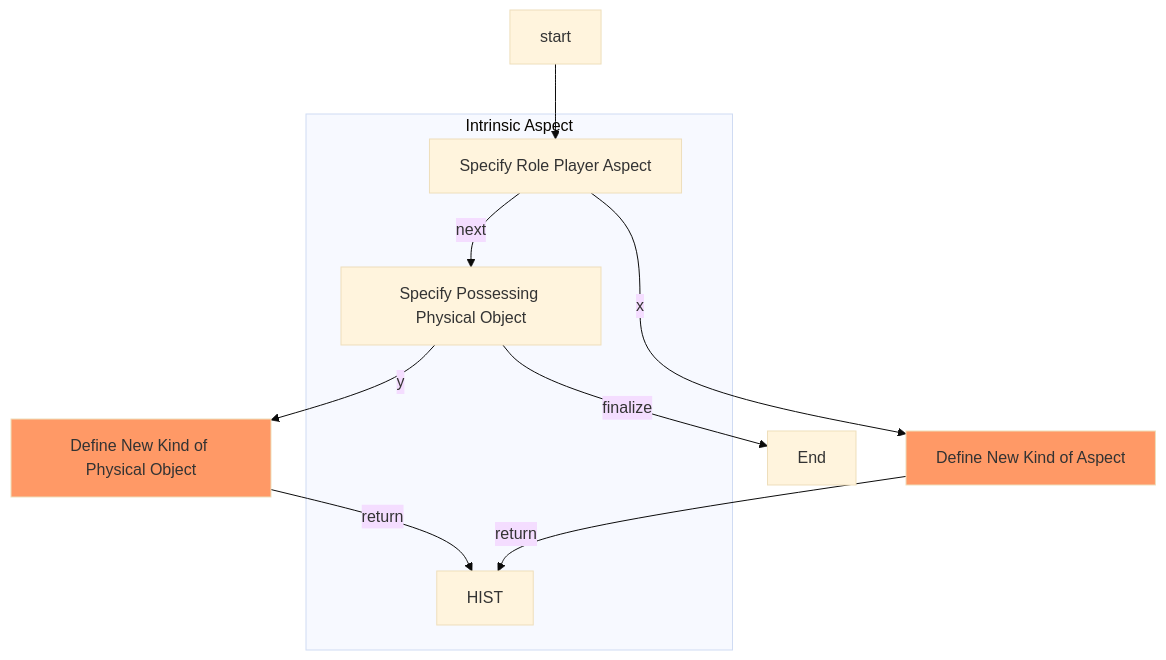
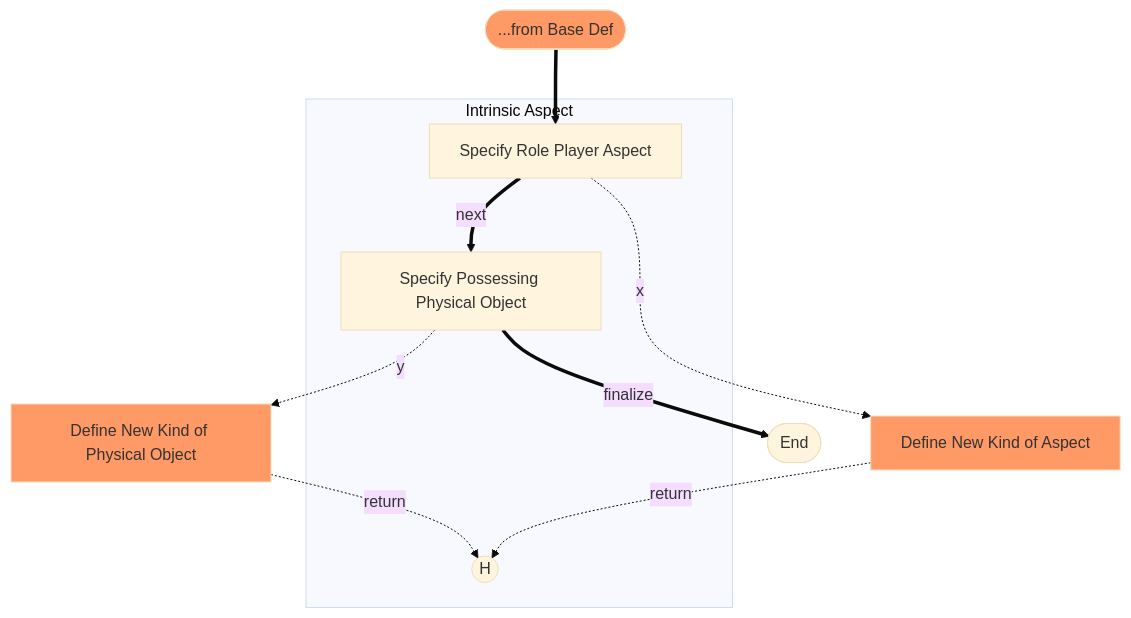
One commit to corpus-relica/corpus-relica.github.io changed the diagram in docs/design/theory/quintessential-modelling/modelling-procedures/aspect-definition-model.md. Above: the diagram before and after it, drawn with Mermaid (base theme). The commit also changed 5 other files, not shown here.

````diff
--- a/docs/design/theory/quintessential-modelling/modelling-procedures/aspect-definition-model.md
+++ b/docs/design/theory/quintessential-modelling/modelling-procedures/aspect-definition-model.md
@@ -3,26 +3,28 @@
 ```mermaid
 flowchart TD
+    S([...from Base Def])
     SRPA[Specify Role Player Aspect]
     SPPO[Specify Possessing Physical Object]
     DNKPO[Define New Kind of Physical Object]
     DNKA[Define New Kind of Aspect]
-    HIST
-    E[End]
+    HIST((H))
+    E([End])
 
-    start --> SRPA
+    S:::external ==> SRPA
     subgraph IA[Intrinsic Aspect]
-        SRPA -->|next| SPPO
+        SRPA ==>|next| SPPO
         HIST
     end
 
-    SPPO -->|y| DNKPO
-    DNKPO:::external -->|return| HIST
-    SRPA -->|x| DNKA
-    DNKA:::external -->|return| HIST
-    SPPO -->|finalize| E
+    SPPO -.->|y| DNKPO
+    DNKPO:::external -.->|return| HIST
+    SRPA -.->|x| DNKA
+    DNKA:::external -.->|return| HIST
+    SPPO ==>|finalize| E
     
+    click S "/docs/design/theory/quintessential-modelling/modelling-procedures/base-definition-model" "This is a tooltip for a link"
     click DNKA "/docs/design/theory/quintessential-modelling/modelling-procedures/aspect-definition-model" "This is a tooltip for a link"
     click DNKPO "/docs/design/theory/quintessential-modelling/modelling-procedures/physical-object-definition-model" "This is a tooltip for a link"
     
     classDef external fill:#f96
 ```
````
